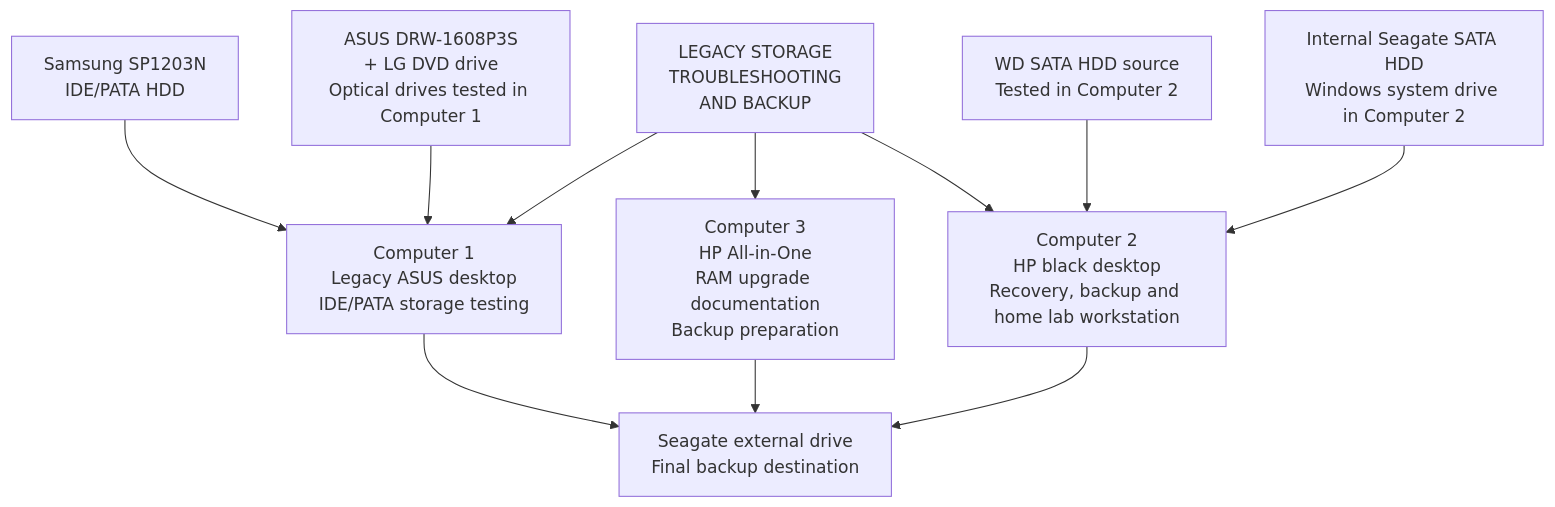
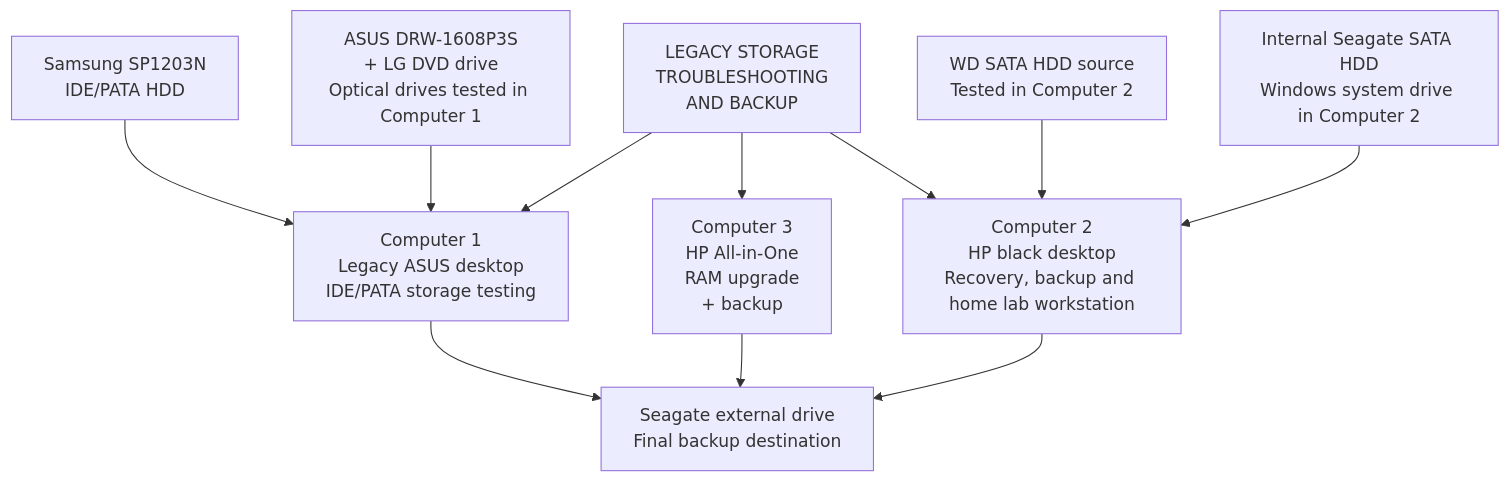
The diagram in PROJECTS/01-home-lab-environment /lab-environment-overview.md (aang81a/my-it-support-portfolio), drawn with Mermaid before and after one commit. The commit also changed other lines of this file, not shown here.

````diff
--- a/PROJECTS/01-home-lab-environment /lab-environment-overview.md
+++ b/PROJECTS/01-home-lab-environment /lab-environment-overview.md
@@ -11,31 +11,31 @@
 ```mermaid
 flowchart TB
 
     TITLE["LEGACY STORAGE<br/>TROUBLESHOOTING<br/>AND BACKUP"]
 
     C1["Computer 1<br/>Legacy ASUS desktop<br/>IDE/PATA storage testing"]
-    C3["Computer 3<br/>HP All-in-One<br/>RAM upgrade documentation<br/>Backup preparation"]
+    C3["Computer 3<br/>HP All-in-One<br/>RAM upgrade<br/>+ backup"]
     C2["Computer 2<br/>HP black desktop<br/>Recovery, backup and home lab workstation"]
 
     Samsung["Samsung SP1203N<br/>IDE/PATA HDD"]
     Optical["ASUS DRW-1608P3S<br/>+ LG DVD drive<br/>Optical drives tested in Computer 1"]
 
     WD["WD SATA HDD source<br/>Tested in Computer 2"]
     InternalSeagate["Internal Seagate SATA HDD<br/>Windows system drive in Computer 2"]
 
     ExternalSeagate["Seagate external drive<br/>Final backup destination"]
 
     TITLE --> C1
     TITLE --> C3
     TITLE --> C2
 
     Samsung --> C1
     Optical --> C1
 
     WD --> C2
     InternalSeagate --> C2
 
     C1 --> ExternalSeagate
     C3 --> ExternalSeagate
     C2 --> ExternalSeagate
 ```
````
